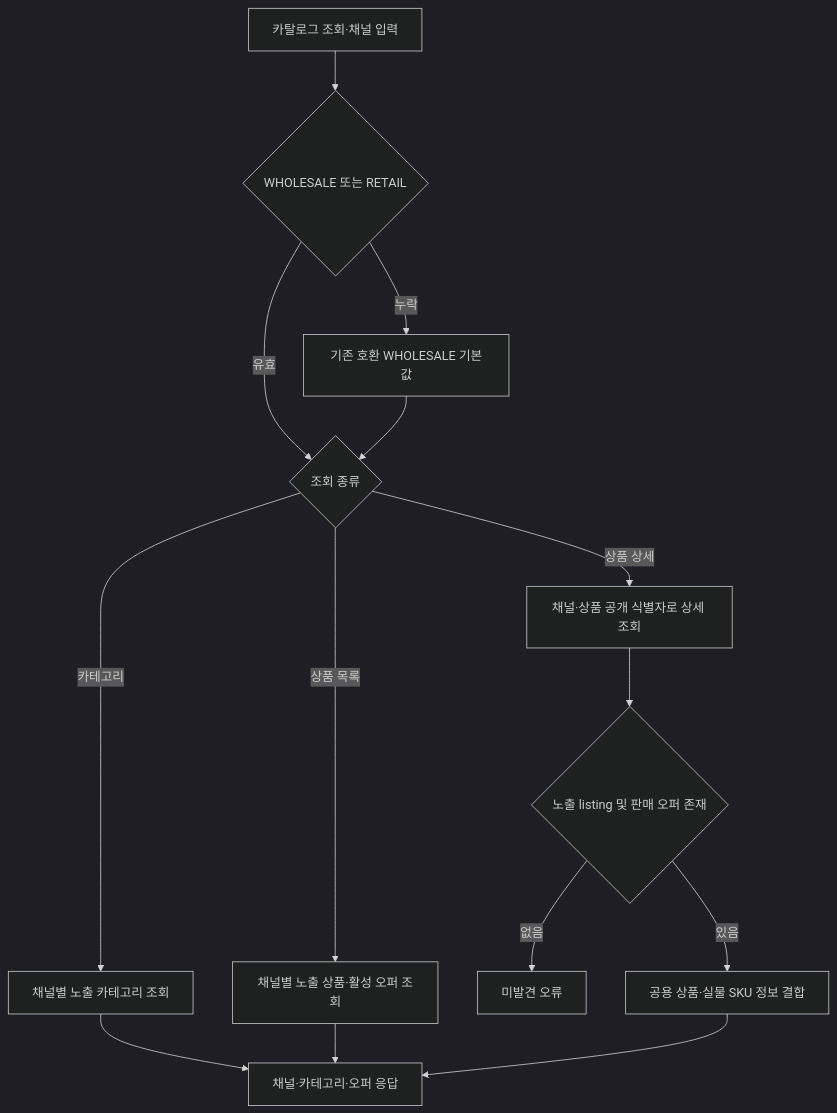
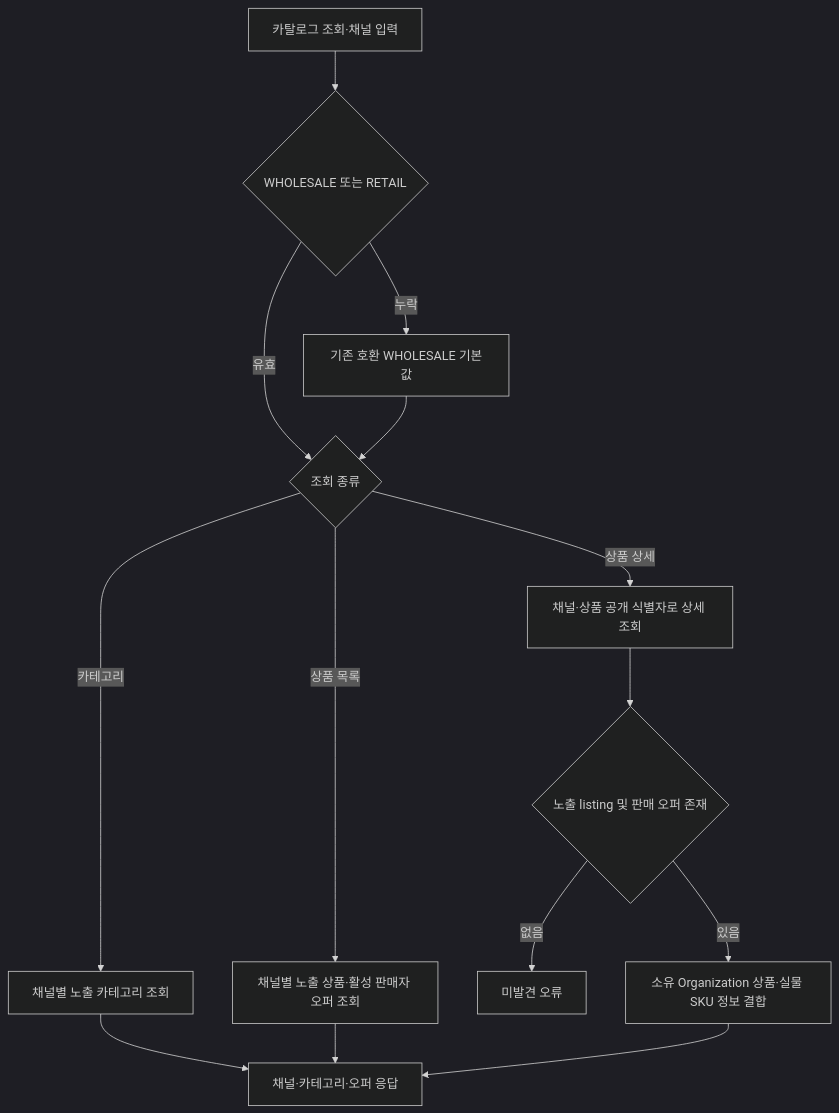
Before and after one commit to DongHyeonEom/umji-market-api: the first of 2 diagrams in docs/services/catalog.md, drawn with Mermaid (dark theme). The commit also changed other lines of this file and 21 other files, not shown here.

````diff
--- a/docs/services/catalog.md
+++ b/docs/services/catalog.md
@@ -15,16 +15,16 @@
 ```mermaid
 flowchart TD
     REQUEST[카탈로그 조회·채널 입력] --> CHANNEL{WHOLESALE 또는 RETAIL}
     CHANNEL -- 누락 --> DEFAULT[기존 호환 WHOLESALE 기본값]
     CHANNEL -- 유효 --> ACTION{조회 종류}
     DEFAULT --> ACTION
     ACTION -- 카테고리 --> CATEGORIES[채널별 노출 카테고리 조회]
-    ACTION -- 상품 목록 --> LISTING[채널별 노출 상품·활성 오퍼 조회]
+    ACTION -- 상품 목록 --> LISTING[채널별 노출 상품·활성 판매자 오퍼 조회]
     ACTION -- 상품 상세 --> DETAIL[채널·상품 공개 식별자로 상세 조회]
     DETAIL --> FOUND{노출 listing 및 판매 오퍼 존재}
     FOUND -- 없음 --> MISSING[미발견 오류]
-    FOUND -- 있음 --> COMMON[공용 상품·실물 SKU 정보 결합]
+    FOUND -- 있음 --> COMMON[소유 Organization 상품·실물 SKU 정보 결합]
     CATEGORIES --> RESPONSE[채널·카테고리·오퍼 응답]
     LISTING --> RESPONSE
     COMMON --> RESPONSE
 ```
````
